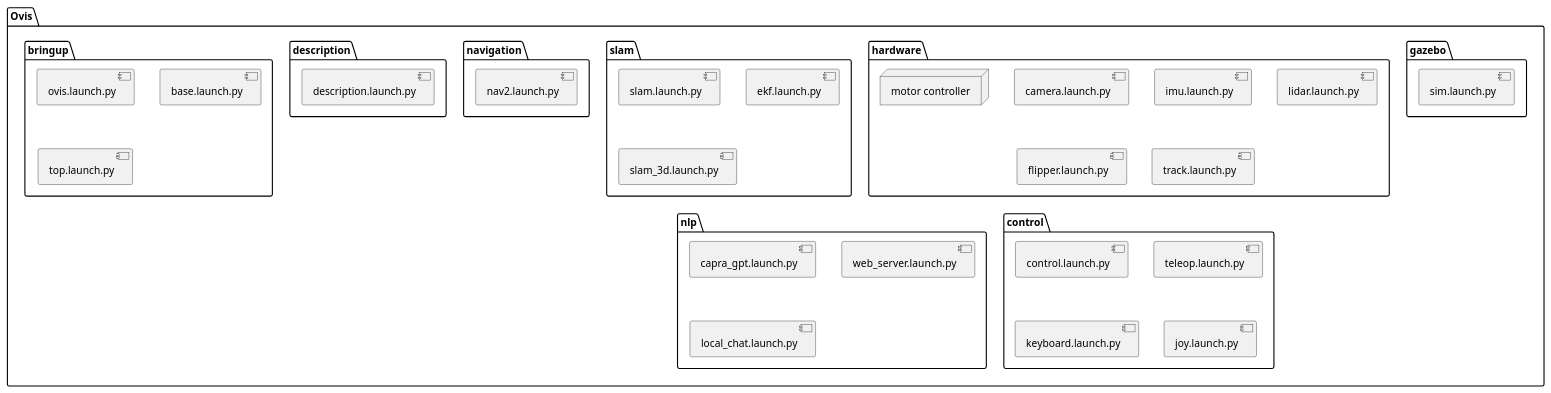
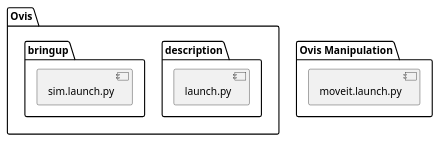
One commit to clubcapra/ovis_ros2 changed the diagram in docs/ros_architecture.puml. Above: the diagram before and after it, drawn with PlantUML. The commit also changed 14 other files, not shown here.

```diff
--- a/docs/ros_architecture.puml
+++ b/docs/ros_architecture.puml
@@ -1,61 +1,20 @@
 @startuml
 
 folder "Ovis" as ovis {
-    [gazebo]
-    [hardware]
-    [slam]
-    [navigation]
     [description]
     [bringup]
-    [control]
-    [nlp]
-}
-
-package "Ovis control" as control {
-    [control.launch.py]
-    [teleop.launch.py]
-    [keyboard.launch.py]
-    [joy.launch.py]
-}
-
-package "Natural Language Processing" as nlp {
-    [capra_gpt.launch.py]
-    [web_server.launch.py]
-    [local_chat.launch.py]
-}
-
-package "Ovis hardware" as hardware {
-    [camera.launch.py]
-    [imu.launch.py]
-    [lidar.launch.py]
-    [flipper.launch.py]
-    [track.launch.py]
-    node "motor controller" as motor {
-    }
 }
 
 package "Ovis description" as description {
-    [description.launch.py]
+    [launch.py]
 }
 
-package "Ovis Gazebo" as gazebo {
+package "Ovis Bringup" as bringup {
     [sim.launch.py]
 }
 
-package "Ovis Bringup" as bringup {
-    [ovis.launch.py]
-    [base.launch.py]
-    [top.launch.py]
-}
-
-package "Ovis Navigation" as navigation {
-    [nav2.launch.py]
-}
-
-package "Ovis SLAM" as slam {
-    [slam.launch.py]
-    [ekf.launch.py]
-    [slam_3d.launch.py]
+package "Ovis Manipulation" as manipulation {
+    [moveit.launch.py]
 }
 
 @enduml
```
